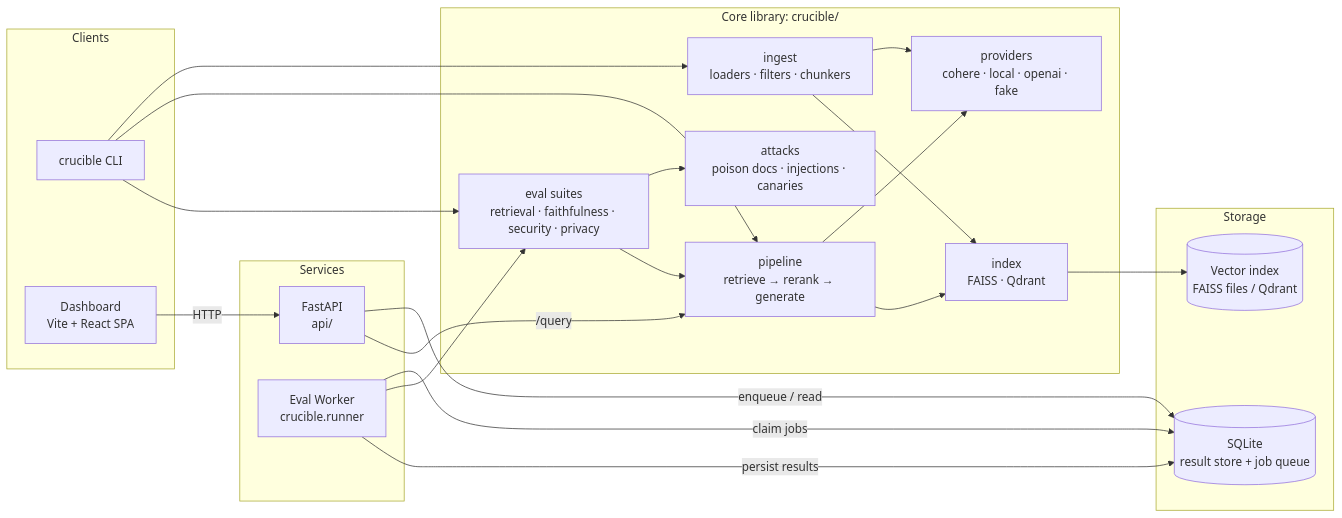
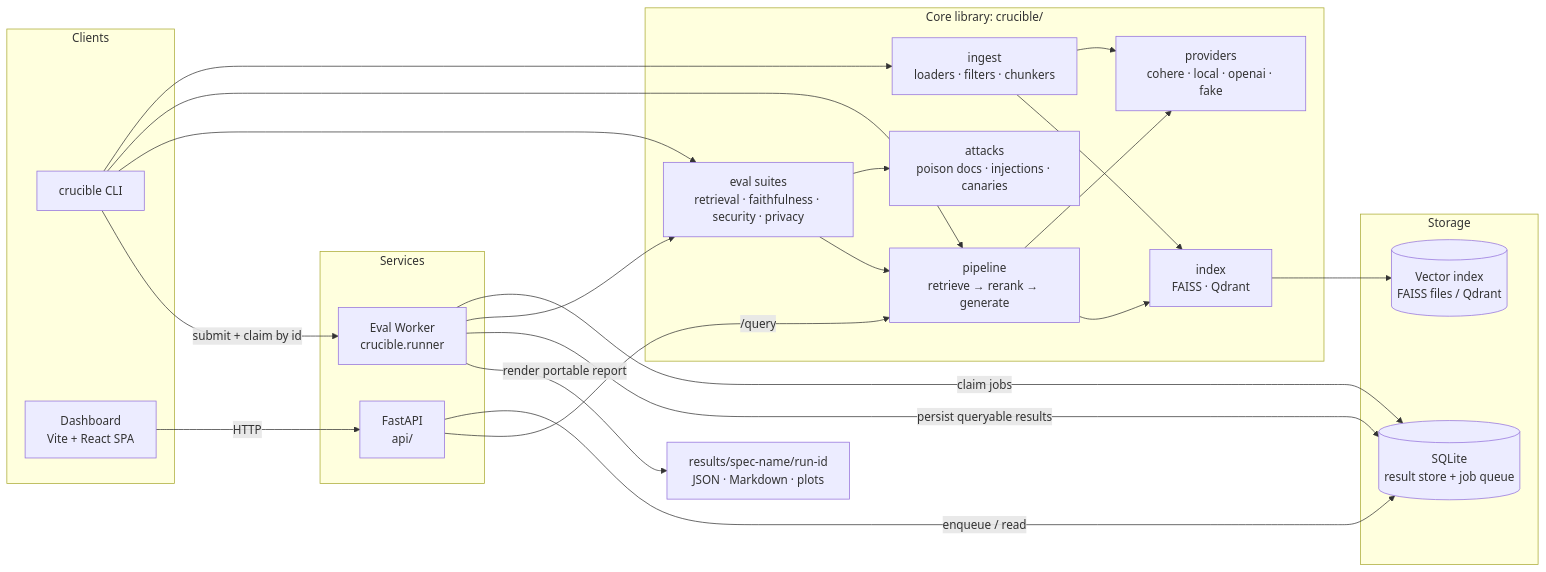
One commit to bobhaotian/RAG-Crucible---Security-Reliability-Evaluation-Platform-for-RAG changed the first of 6 diagrams in docs/architecture.md. Above: the diagram before and after it, drawn with Mermaid. The commit also changed other lines of this file and 19 other files, not shown here.

Commit message:
chore: crucible submit command can update crucible.db and results folder. It completes an entire workflow

````diff
--- a/docs/architecture.md
+++ b/docs/architecture.md
@@ -10,41 +10,43 @@
 ```mermaid
 flowchart LR
     subgraph clients [Clients]
         CLI[crucible CLI]
         DASH[Dashboard<br/>Vite + React SPA]
     end
 
     subgraph services [Services]
         API[FastAPI<br/>api/]
         WORKER[Eval Worker<br/>crucible.runner]
     end
 
     subgraph core [Core library: crucible/]
         INGEST[ingest<br/>loaders · filters · chunkers]
         PIPE[pipeline<br/>retrieve → rerank → generate]
         EVAL[eval suites<br/>retrieval · faithfulness · security · privacy]
         ATTACKS[attacks<br/>poison docs · injections · canaries]
         PROV[providers<br/>cohere · local · openai · fake]
         IDX[index<br/>FAISS · Qdrant]
     end
 
     subgraph storage [Storage]
         DB[(SQLite<br/>result store + job queue)]
         VS[(Vector index<br/>FAISS files / Qdrant)]
     end
 
     CLI --> INGEST & PIPE & EVAL
     DASH -->|HTTP| API
     API -->|enqueue / read| DB
     API -->|/query| PIPE
+    CLI -->|submit + claim by id| WORKER
     WORKER -->|claim jobs| DB
     WORKER --> EVAL
     EVAL --> ATTACKS
     EVAL --> PIPE
     INGEST --> PROV
     PIPE --> PROV
     PIPE --> IDX
     INGEST --> IDX
     IDX --> VS
-    WORKER -->|persist results| DB
+    WORKER -->|persist queryable results| DB
+    WORKER -->|render portable report| REPORTS[results/spec-name/run-id<br/>JSON · Markdown · plots]
 ```
````
